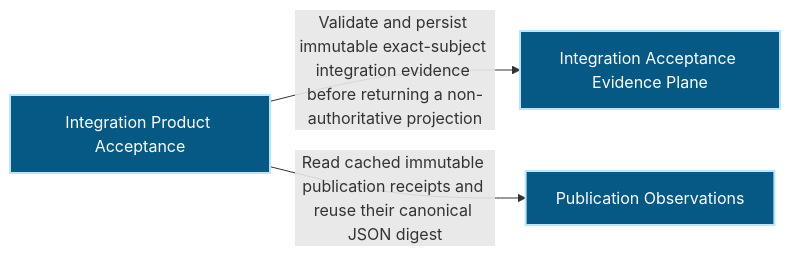
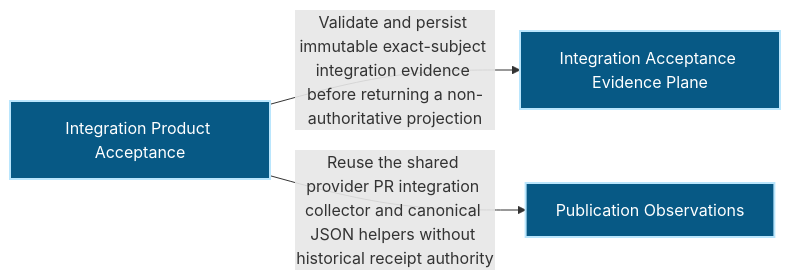
Before and after one commit to Ancienttwo/repo-harness: the first of 2 diagrams in docs/architecture/modules/runtime-harness/integration-acceptance.md, drawn with Mermaid. The commit also changed other lines of this file and 27 other files, not shown here.

First line of the commit message:
chore(projection): refresh generated architecture outputs for main@bbf18043e43e

````diff
--- a/docs/architecture/modules/runtime-harness/integration-acceptance.md
+++ b/docs/architecture/modules/runtime-harness/integration-acceptance.md
@@ -16,12 +16,12 @@
 ```mermaid
 flowchart LR
   p1_capability_organization_publication_44355620["Publication Observations"]:::component
   p1_capability_runtime_harness_integration_acceptance_8c7dd2d3["Integration Product Acceptance"]:::component
   p1_component_integration_acceptance_primary_d3db0bd8["Integration Acceptance Evidence Plane"]:::component
   p1_capability_runtime_harness_integration_acceptance_8c7dd2d3 -->|"Validate and persist immutable exact-subject integration evidence before returning a non-authoritative projection"| p1_component_integration_acceptance_primary_d3db0bd8
-  p1_capability_runtime_harness_integration_acceptance_8c7dd2d3 -->|"Read cached immutable publication receipts and reuse their canonical JSON digest"| p1_capability_organization_publication_44355620
+  p1_capability_runtime_harness_integration_acceptance_8c7dd2d3 -->|"Reuse the shared provider PR integration collector and canonical JSON helpers without historical receipt authority"| p1_capability_organization_publication_44355620
   classDef actor fill:#111827,color:#ffffff,stroke:#f9fafb,stroke-width:2px
   classDef component fill:#075985,color:#ffffff,stroke:#bae6fd,stroke-width:2px
   classDef datastore fill:#3f6212,color:#ffffff,stroke:#d9f99d,stroke-width:2px
   classDef external fill:#7c2d12,color:#ffffff,stroke:#fed7aa,stroke-width:2px
 ```
````
